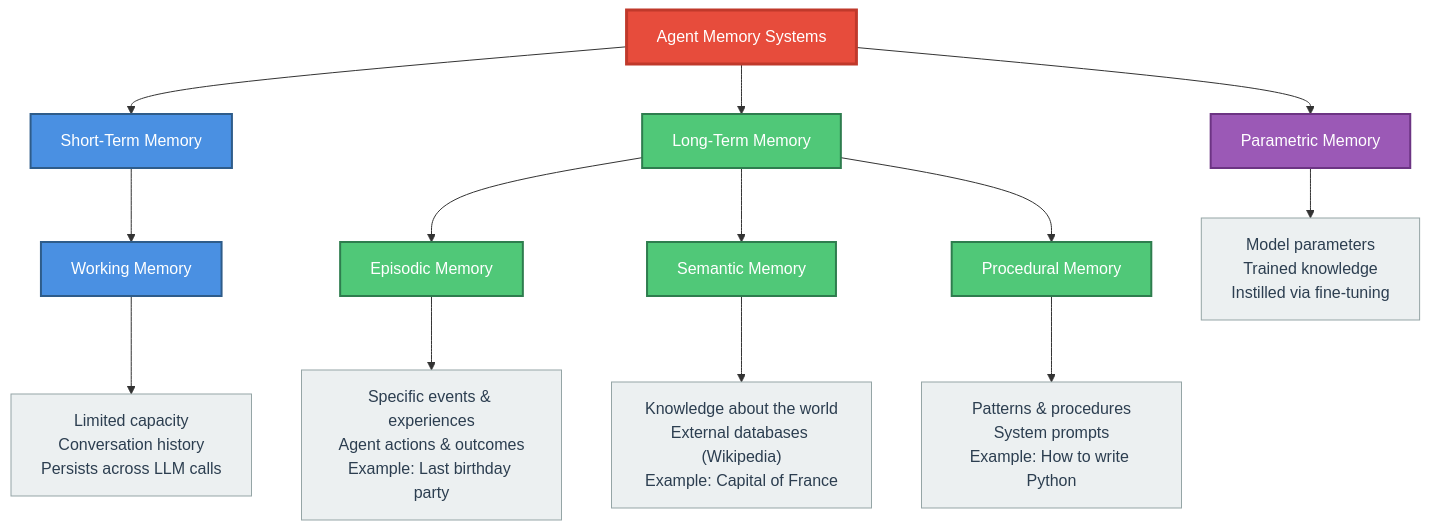
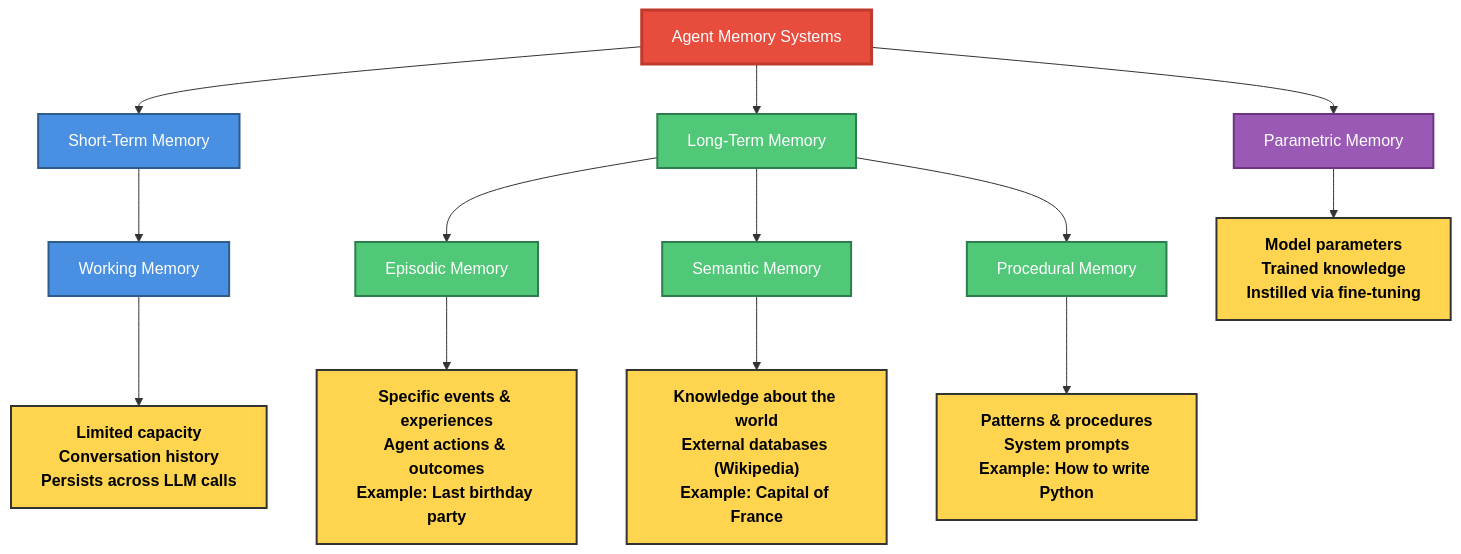
Before and after one commit to rajnishkhatri/agentic-systems-misc: the diagram in lesson-14/section-e-memory-systems/diagrams/memory_types_taxonomy.mmd, drawn with Mermaid. The commit also changed 77 other files, not shown here.

```diff
--- a/lesson-14/section-e-memory-systems/diagrams/memory_types_taxonomy.mmd
+++ b/lesson-14/section-e-memory-systems/diagrams/memory_types_taxonomy.mmd
@@ -1,36 +1,36 @@
 graph TD
     Root[Agent Memory Systems]
 
     %% Short-term memory branch
     Root --> STM[Short-Term Memory]
     STM --> Working[Working Memory]
     Working --> WorkingDesc["Limited capacity<br/>Conversation history<br/>Persists across LLM calls"]
 
     %% Long-term memory branch
     Root --> LTM[Long-Term Memory]
 
     LTM --> Episodic[Episodic Memory]
     Episodic --> EpisodicDesc["Specific events & experiences<br/>Agent actions & outcomes<br/>Example: Last birthday party"]
 
     LTM --> Semantic[Semantic Memory]
     Semantic --> SemanticDesc["Knowledge about the world<br/>External databases (Wikipedia)<br/>Example: Capital of France"]
 
     LTM --> Procedural[Procedural Memory]
     Procedural --> ProceduralDesc["Patterns & procedures<br/>System prompts<br/>Example: How to write Python"]
 
     %% Parametric memory (special case)
     Root --> Parametric[Parametric Memory]
     Parametric --> ParametricDesc["Model parameters<br/>Trained knowledge<br/>Instilled via fine-tuning"]
 
     %% Styling
     classDef shortTerm fill:#4A90E2,stroke:#2E5C8A,stroke-width:2px,color:#fff
     classDef longTerm fill:#50C878,stroke:#2E7D4E,stroke-width:2px,color:#fff
     classDef parametric fill:#9B59B6,stroke:#6C3483,stroke-width:2px,color:#fff
-    classDef description fill:#ECF0F1,stroke:#95A5A6,stroke-width:1px,color:#2C3E50
+    classDef description fill:#FFD54F,stroke:#333,stroke-width:2px,color:#000,font-weight:bold
     classDef root fill:#E74C3C,stroke:#C0392B,stroke-width:3px,color:#fff
 
     class Root root
     class STM,Working shortTerm
     class LTM,Episodic,Semantic,Procedural longTerm
     class Parametric parametric
     class WorkingDesc,EpisodicDesc,SemanticDesc,ProceduralDesc,ParametricDesc description
```
